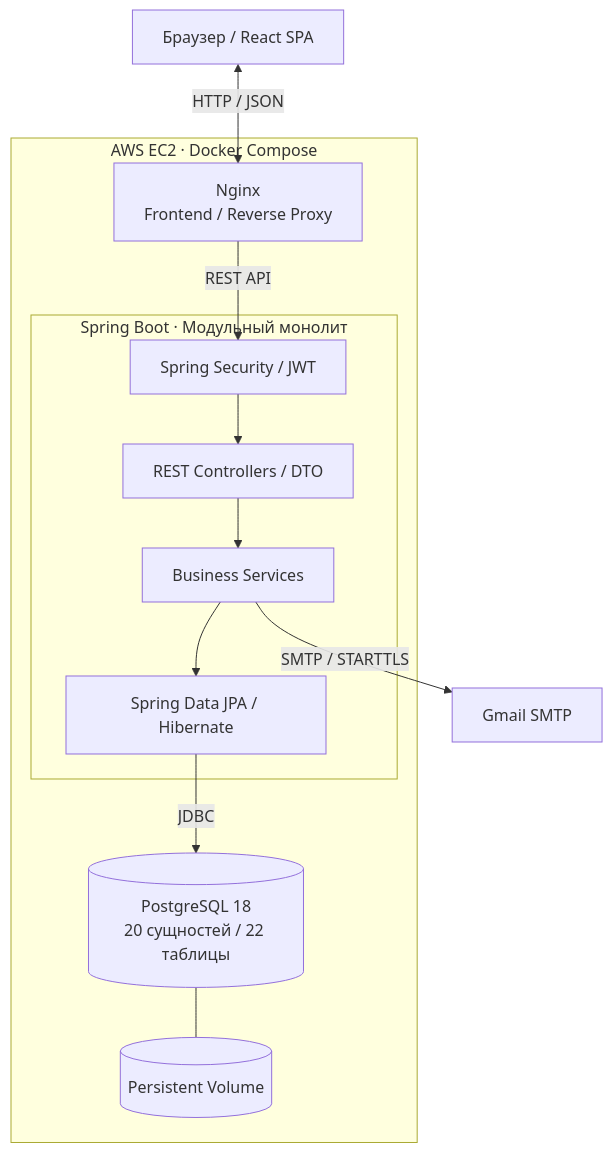
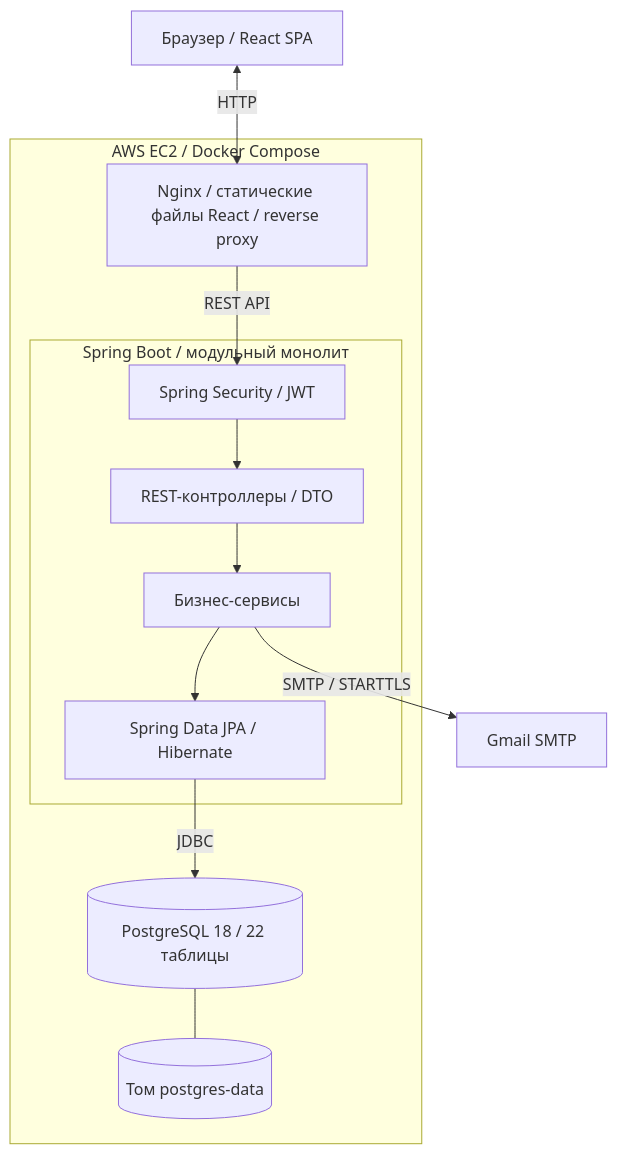
The diagram in README.md (vkuryndin/CourseFlow), drawn with Mermaid before and after one commit. The commit also changed other lines of this file and 5 other files, not shown here.

````diff
--- a/README.md
+++ b/README.md
@@ -45,27 +45,21 @@
 ```mermaid
 flowchart TD
     U["Браузер / React SPA"]
-
-    subgraph AWS["AWS EC2 · Docker Compose"]
-        N["Nginx<br/>Frontend / Reverse Proxy"]
-
-        subgraph B["Spring Boot · Модульный монолит"]
+    subgraph AWS["AWS EC2 / Docker Compose"]
+        N["Nginx / статические файлы React / reverse proxy"]
+        subgraph B["Spring Boot / модульный монолит"]
             S["Spring Security / JWT"]
-            C["REST Controllers / DTO"]
-            L["Business Services"]
+            C["REST-контроллеры / DTO"]
+            L["Бизнес-сервисы"]
             R["Spring Data JPA / Hibernate"]
-
             S --> C --> L --> R
         end
-
-        P[("PostgreSQL 18<br/>20 сущностей / 22 таблицы")]
-        V[("Persistent Volume")]
-
+        P[("PostgreSQL 18 / 22 таблицы")]
+        V[("Том postgres-data")]
         N -->|REST API| S
         R -->|JDBC| P
         P --- V
     end
-
-    U <-->|HTTP / JSON| N
+    U <-->|HTTP| N
     L -->|SMTP / STARTTLS| M["Gmail SMTP"]
 ```
````
